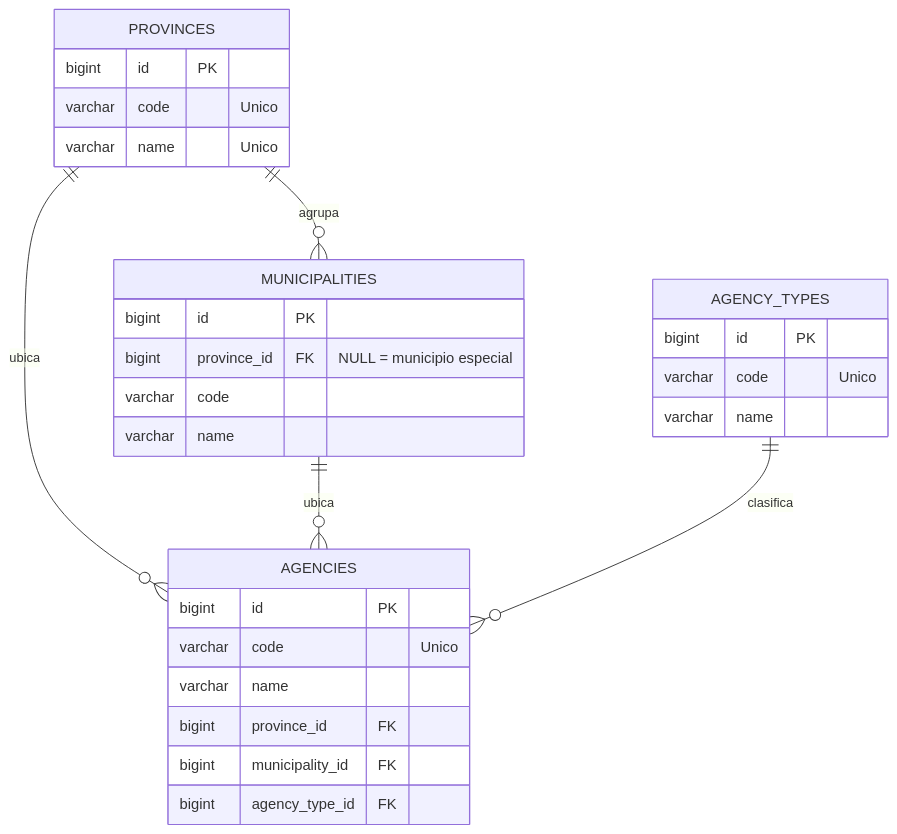
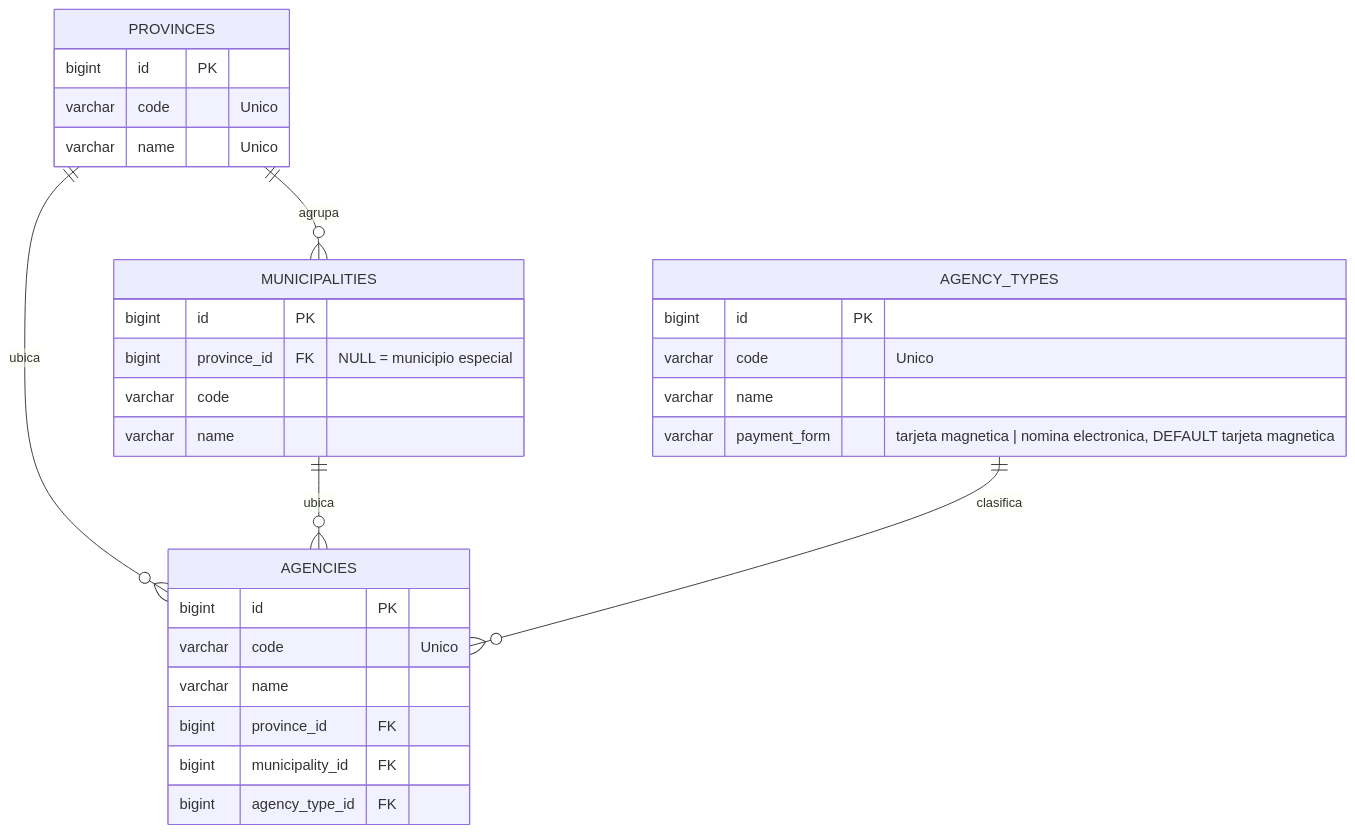
One commit to keniercb/inass_siss changed the second of 7 diagrams in download/Modelo de datos.md. Above: the diagram before and after it, drawn with Mermaid. The commit also changed other lines of this file and 4 other files, not shown here.

````diff
--- a/download/Modelo de datos.md
+++ b/download/Modelo de datos.md
@@ -157,31 +155,32 @@
 ```mermaid
 erDiagram
     PROVINCES {
         bigint id PK
         varchar code "Unico"
         varchar name "Unico"
     }
     MUNICIPALITIES {
         bigint id PK
         bigint province_id FK "NULL = municipio especial"
         varchar code
         varchar name
     }
     AGENCY_TYPES {
         bigint id PK
         varchar code "Unico"
         varchar name
+        varchar payment_form "tarjeta magnetica | nomina electronica, DEFAULT tarjeta magnetica"
     }
     AGENCIES {
         bigint id PK
         varchar code "Unico"
         varchar name
         bigint province_id FK
         bigint municipality_id FK
         bigint agency_type_id FK
     }
     PROVINCES ||--o{ MUNICIPALITIES : "agrupa"
     PROVINCES ||--o{ AGENCIES : "ubica"
     MUNICIPALITIES ||--o{ AGENCIES : "ubica"
     AGENCY_TYPES ||--o{ AGENCIES : "clasifica"
 ```
````
